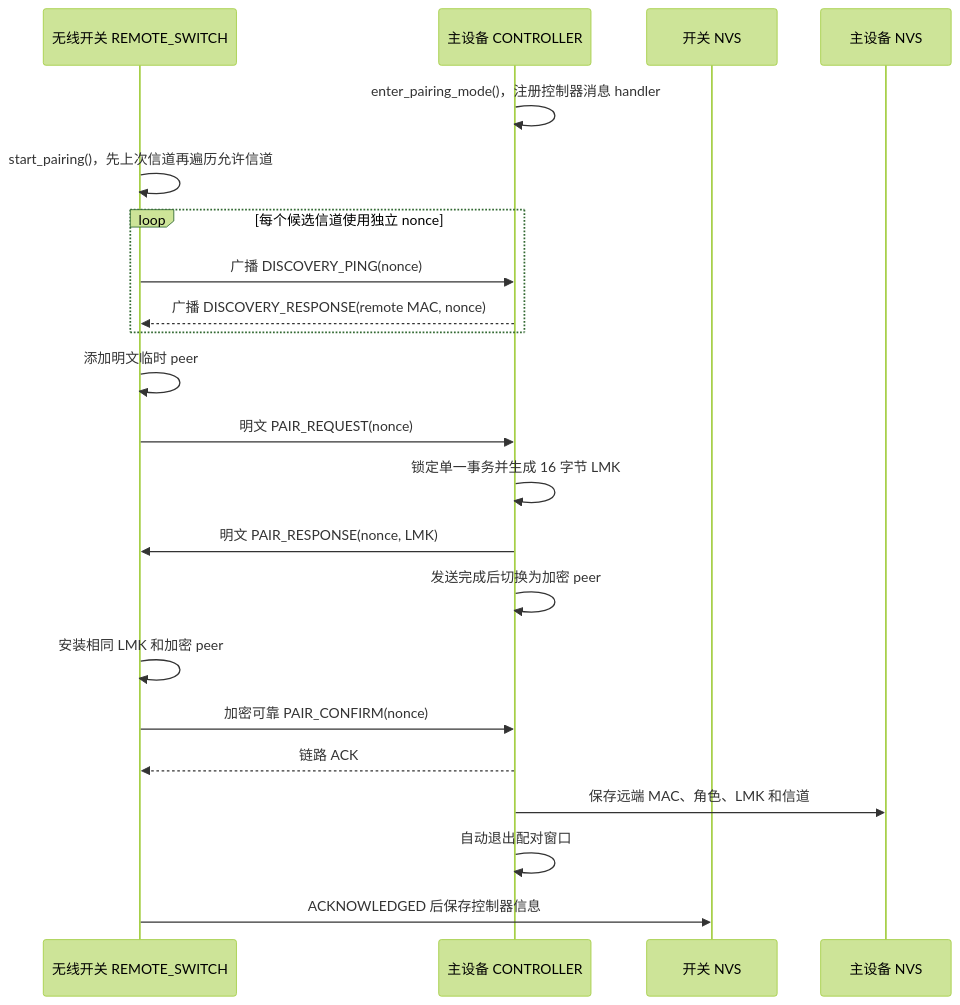
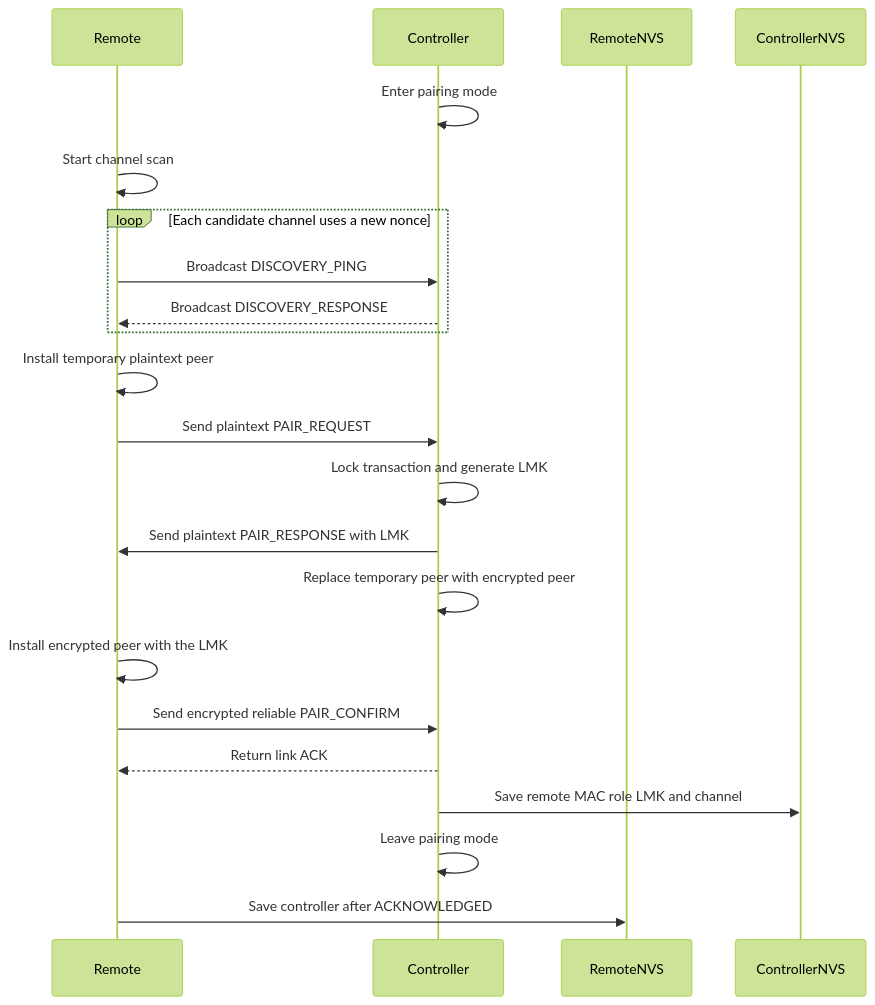
One commit to qingmeijiupiao/Wireless_power_meter_lite changed the sixth of 9 diagrams in components/middleware/espnow_link/README.md. Above: the diagram before and after it, drawn with Mermaid (forest theme). The commit also changed other lines of this file, not shown here.

````diff
--- a/components/middleware/espnow_link/README.md
+++ b/components/middleware/espnow_link/README.md
@@ -254,27 +254,27 @@
 ```mermaid
 sequenceDiagram
-    participant Remote as 无线开关 REMOTE_SWITCH;
-    participant Controller as 主设备 CONTROLLER;
-    participant NVS_R as 开关 NVS;
-    participant NVS_C as 主设备 NVS;
+    participant Remote
+    participant Controller
+    participant RemoteNVS
+    participant ControllerNVS
 
-    Controller->>Controller: enter_pairing_mode()，注册控制器消息 handler;
-    Remote->>Remote: start_pairing()，先上次信道再遍历允许信道;
+    Controller->>Controller: Enter pairing mode
+    Remote->>Remote: Start channel scan
 
-    loop 每个候选信道使用独立 nonce
-        Remote->>Controller: 广播 DISCOVERY_PING(nonce);
-        Controller-->>Remote: 广播 DISCOVERY_RESPONSE(remote MAC, nonce);
-    end;
+    loop Each candidate channel uses a new nonce
+        Remote->>Controller: Broadcast DISCOVERY_PING
+        Controller-->>Remote: Broadcast DISCOVERY_RESPONSE
+    end
 
-    Remote->>Remote: 添加明文临时 peer;
-    Remote->>Controller: 明文 PAIR_REQUEST(nonce);
-    Controller->>Controller: 锁定单一事务并生成 16 字节 LMK;
-    Controller->>Remote: 明文 PAIR_RESPONSE(nonce, LMK);
-    Controller->>Controller: 发送完成后切换为加密 peer;
-    Remote->>Remote: 安装相同 LMK 和加密 peer;
-    Remote->>Controller: 加密可靠 PAIR_CONFIRM(nonce);
-    Controller-->>Remote: 链路 ACK;
-    Controller->>NVS_C: 保存远端 MAC、角色、LMK 和信道;
-    Controller->>Controller: 自动退出配对窗口;
-    Remote->>NVS_R: ACKNOWLEDGED 后保存控制器信息;
+    Remote->>Remote: Install temporary plaintext peer
+    Remote->>Controller: Send plaintext PAIR_REQUEST
+    Controller->>Controller: Lock transaction and generate LMK
+    Controller->>Remote: Send plaintext PAIR_RESPONSE with LMK
+    Controller->>Controller: Replace temporary peer with encrypted peer
+    Remote->>Remote: Install encrypted peer with the LMK
+    Remote->>Controller: Send encrypted reliable PAIR_CONFIRM
+    Controller-->>Remote: Return link ACK
+    Controller->>ControllerNVS: Save remote MAC role LMK and channel
+    Controller->>Controller: Leave pairing mode
+    Remote->>RemoteNVS: Save controller after ACKNOWLEDGED
 ```
````
